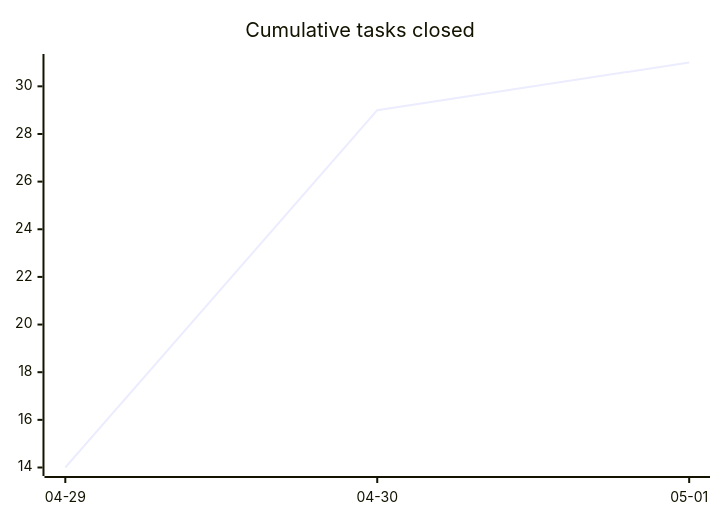
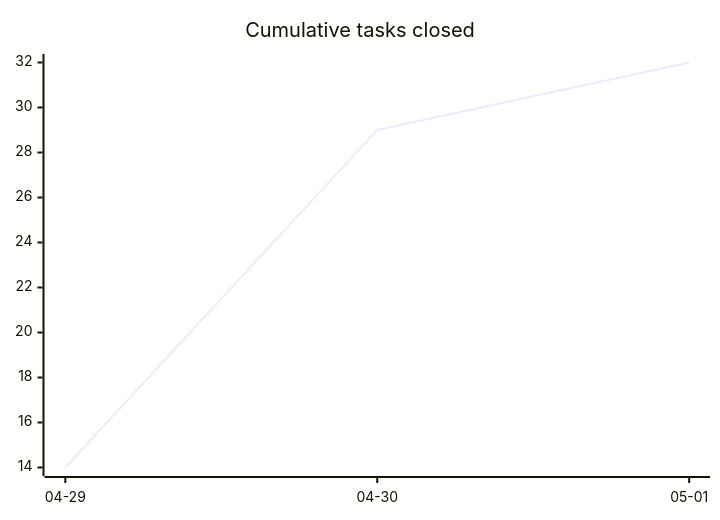
One commit to tgd1975/AwesomeStudioPedal changed the first of 3 diagrams in docs/developers/tasks/OVERVIEW.md. Above: the diagram before and after it, drawn with Mermaid. The commit also changed other lines of this file and 13 other files, not shown here.

````diff
--- a/docs/developers/tasks/OVERVIEW.md
+++ b/docs/developers/tasks/OVERVIEW.md
@@ -22,6 +22,6 @@
 ```mermaid
 xychart-beta
     title "Cumulative tasks closed"
     x-axis ["04-29", "04-30", "05-01"]
-    line [14, 29, 31]
+    line [14, 29, 32]
 ```
````
